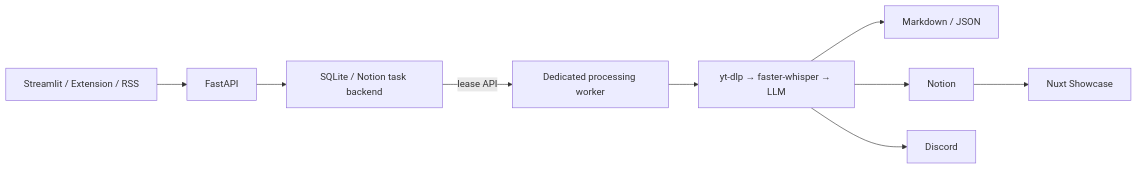
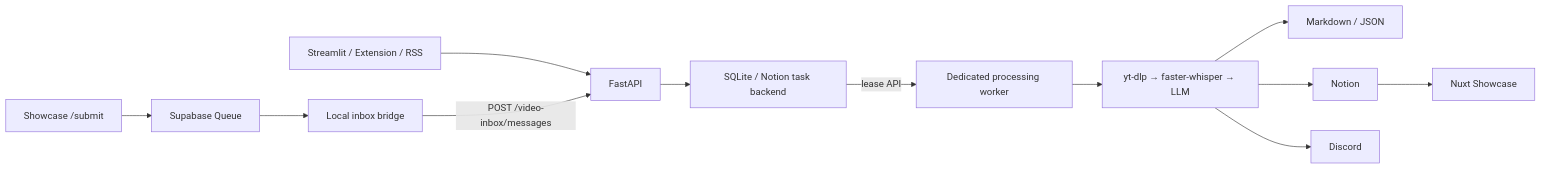
Before and after one commit to Rjiegit/youtube-transcript-summarizer: the diagram in openwiki/architecture/system-overview.md, drawn with Mermaid. The commit also changed other lines of this file and 41 other files, not shown here.

First line of the commit message:
fix: ingest video inbox through Task API

````diff
--- a/openwiki/architecture/system-overview.md
+++ b/openwiki/architecture/system-overview.md
@@ -79,11 +85,14 @@
 ```mermaid
 flowchart LR
   UI[Streamlit / Extension / RSS] --> API[FastAPI]
+  ShowcaseSubmit[Showcase /submit] --> CloudQueue[Supabase Queue]
+  CloudQueue --> Bridge[Local inbox bridge]
+  Bridge -->|POST /video-inbox/messages| API
   API --> Queue[SQLite / Notion task backend]
   Queue -->|lease API| Worker[Dedicated processing worker]
   Worker --> Media[yt-dlp → faster-whisper → LLM]
   Media --> Files[Markdown / JSON]
   Media --> Notion
   Media --> Discord
   Notion --> Showcase[Nuxt Showcase]
 ```
````
